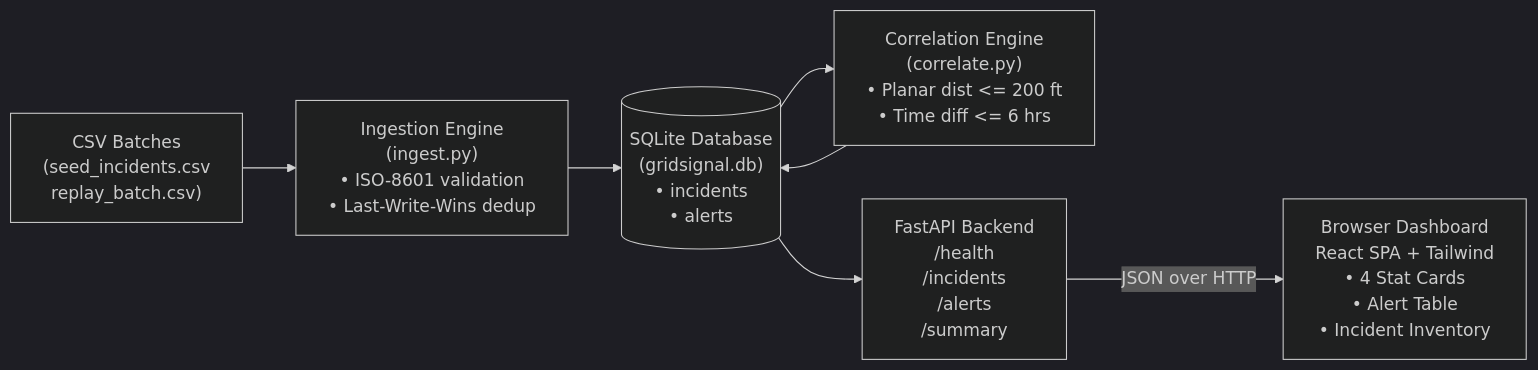
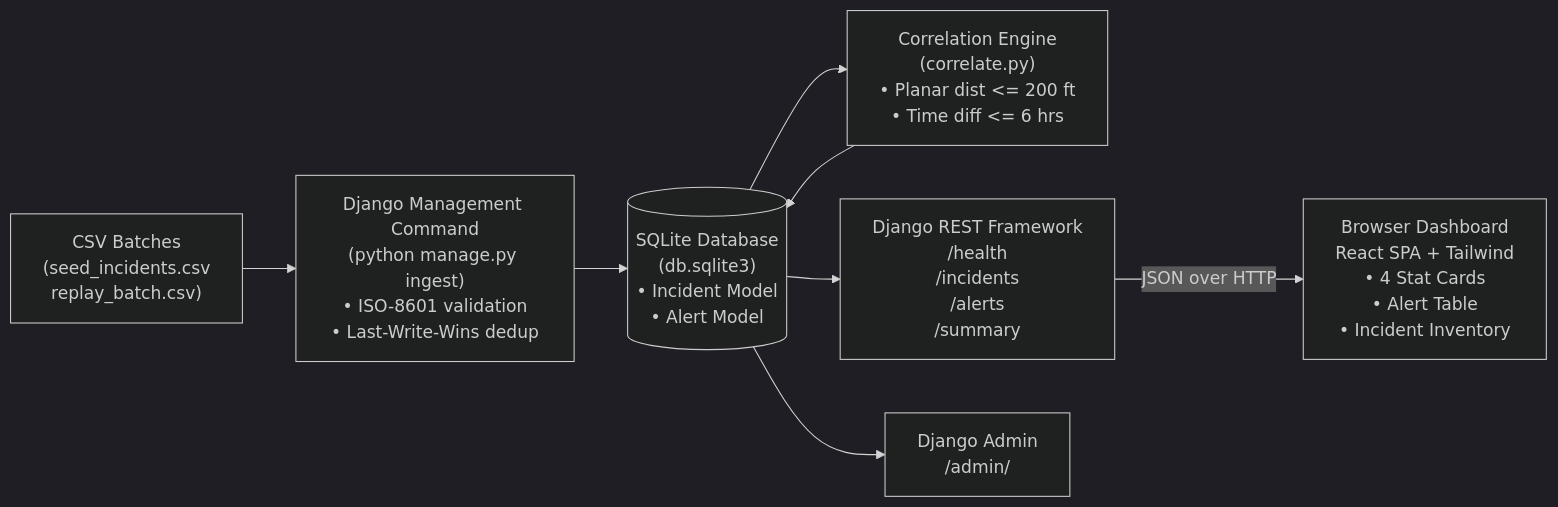
Before and after one commit to amitkumar824/GridSignal-Mini: the diagram in README.md, drawn with Mermaid (dark theme). The commit also changed other lines of this file and 44 other files, not shown here.

Commit message:
Implement GridSignal Mini in Django and Django REST Framework

````diff
--- a/README.md
+++ b/README.md
@@ -129,16 +124,18 @@
 ```mermaid
 flowchart LR
     CSV["CSV Batches\n(seed_incidents.csv\nreplay_batch.csv)"]
-    ING["Ingestion Engine\n(ingest.py)\n• ISO-8601 validation\n• Last-Write-Wins dedup"]
-    DB[("SQLite Database\n(gridsignal.db)\n• incidents\n• alerts")]
+    ING["Django Management Command\n(python manage.py ingest)\n• ISO-8601 validation\n• Last-Write-Wins dedup"]
+    DB[("SQLite Database\n(db.sqlite3)\n• Incident Model\n• Alert Model")]
     COR["Correlation Engine\n(correlate.py)\n• Planar dist <= 200 ft\n• Time diff <= 6 hrs"]
-    API["FastAPI Backend\n/health\n/incidents\n/alerts\n/summary"]
+    API["Django REST Framework\n/health\n/incidents\n/alerts\n/summary"]
+    ADMIN["Django Admin\n/admin/"]
     UI["Browser Dashboard\nReact SPA + Tailwind\n• 4 Stat Cards\n• Alert Table\n• Incident Inventory"]
 
     CSV --> ING
     ING --> DB
     DB --> COR
     COR --> DB
     DB --> API
+    DB --> ADMIN
     API -->|JSON over HTTP| UI
 ```
````
